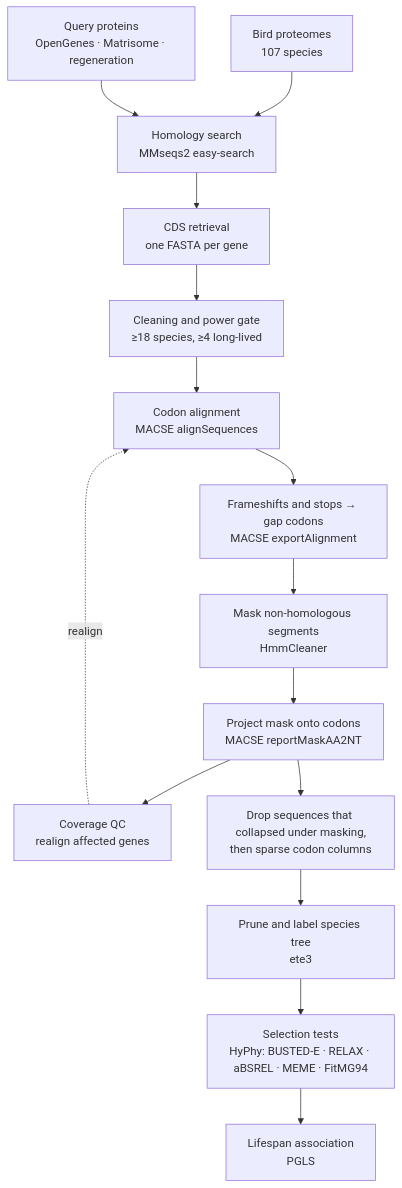
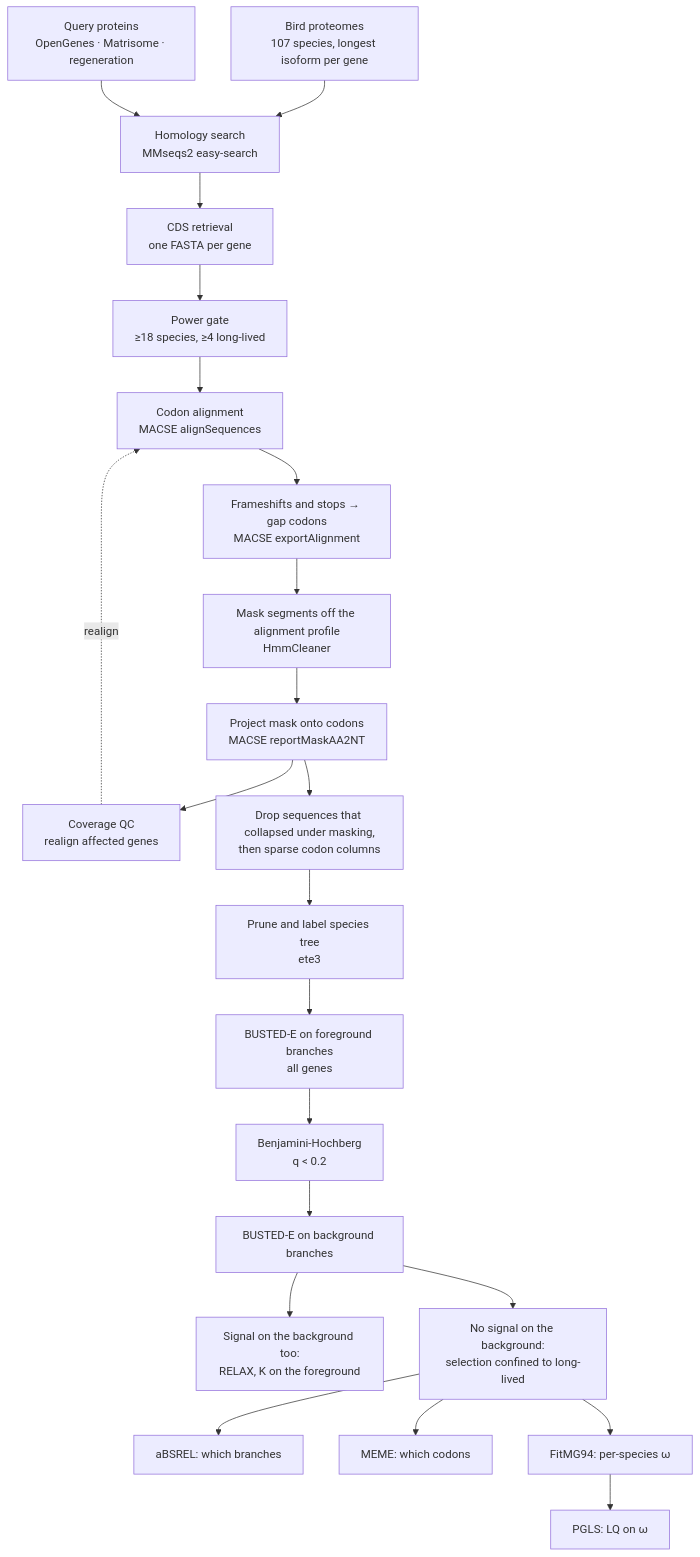
The diagram in README.md (kuzinatrology/all_that_bird_funk), drawn with Mermaid before and after one commit. The commit also changed other lines of this file, not shown here.

Commit message:
README: trim methodological asides, fix pipeline diagram

````diff
--- a/README.md
+++ b/README.md
@@ -25,17 +22,24 @@
 ```mermaid
 flowchart TD
-    A["Bird proteomes<br/>107 species"] --> B["Homology search<br/>MMseqs2 easy-search"]
+    A["Bird proteomes<br/>107 species, longest isoform per gene"] --> B["Homology search<br/>MMseqs2 easy-search"]
     Q["Query proteins<br/>OpenGenes · Matrisome · regeneration"] --> B
     B --> C["CDS retrieval<br/>one FASTA per gene"]
-    C --> D["Cleaning and power gate<br/>≥18 species, ≥4 long-lived"]
+    C --> D["Power gate<br/>≥18 species, ≥4 long-lived"]
     D --> E["Codon alignment<br/>MACSE alignSequences"]
     E --> F["Frameshifts and stops → gap codons<br/>MACSE exportAlignment"]
-    F --> G["Mask non-homologous segments<br/>HmmCleaner"]
+    F --> G["Mask segments off the alignment profile<br/>HmmCleaner"]
     G --> H["Project mask onto codons<br/>MACSE reportMaskAA2NT"]
     H --> I["Coverage QC<br/>realign affected genes"]
     I -.->|realign| E
     H --> J["Drop sequences that collapsed under masking,<br/>then sparse codon columns"]
     J --> K["Prune and label species tree<br/>ete3"]
-    K --> L["Selection tests<br/>HyPhy: BUSTED-E · RELAX · aBSREL · MEME · FitMG94"]
-    L --> M["Lifespan association<br/>PGLS"]
+    K --> L["BUSTED-E on foreground branches<br/>all genes"]
+    L --> N["Benjamini-Hochberg<br/>q &lt; 0.2"]
+    N --> O["BUSTED-E on background branches"]
+    O --> R["Signal on the background too:<br/>RELAX, K on the foreground"]
+    O --> P["No signal on the background:<br/>selection confined to long-lived"]
+    P --> S["aBSREL: which branches"]
+    P --> T["MEME: which codons"]
+    P --> U["FitMG94: per-species ω"]
+    U --> M["PGLS: LQ on ω"]
 ```
````
